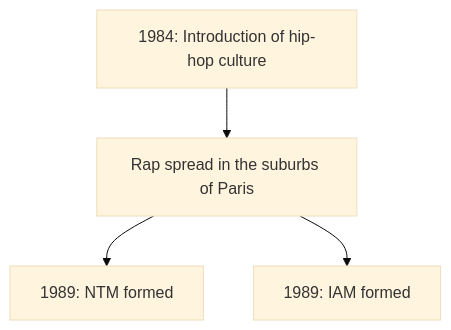
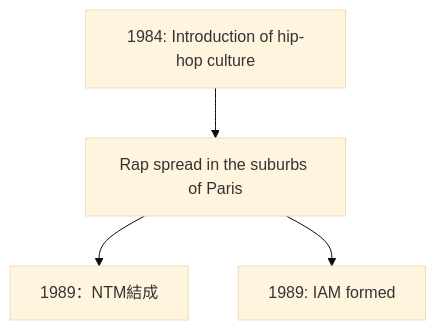
The first of 3 diagrams in en/_posts/2025-11-26-column-french-hiphop.md (monumental-movement/monumental-movement.github.io), drawn with Mermaid (base theme) before and after one commit. The commit also changed other lines of this file and 296 other files, not shown here.

```diff
--- a/en/_posts/2025-11-26-column-french-hiphop.md
+++ b/en/_posts/2025-11-26-column-french-hiphop.md
@@ -68,6 +68,6 @@
 <div class="mermaid">
 flowchart TD
     A[1984: Introduction of hip-hop culture] --> B[Rap spread in the suburbs of Paris]
-    B --> C[1989: NTM formed]
+    B --> C[1989：NTM結成]
     B --> D[1989: IAM formed]
 </div>
```
